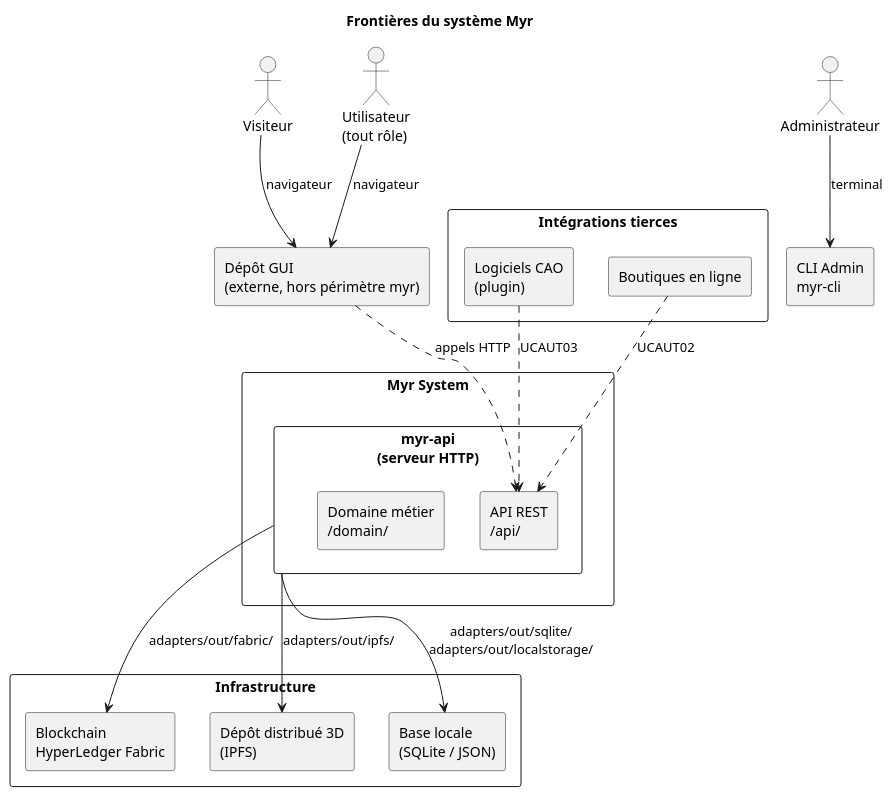
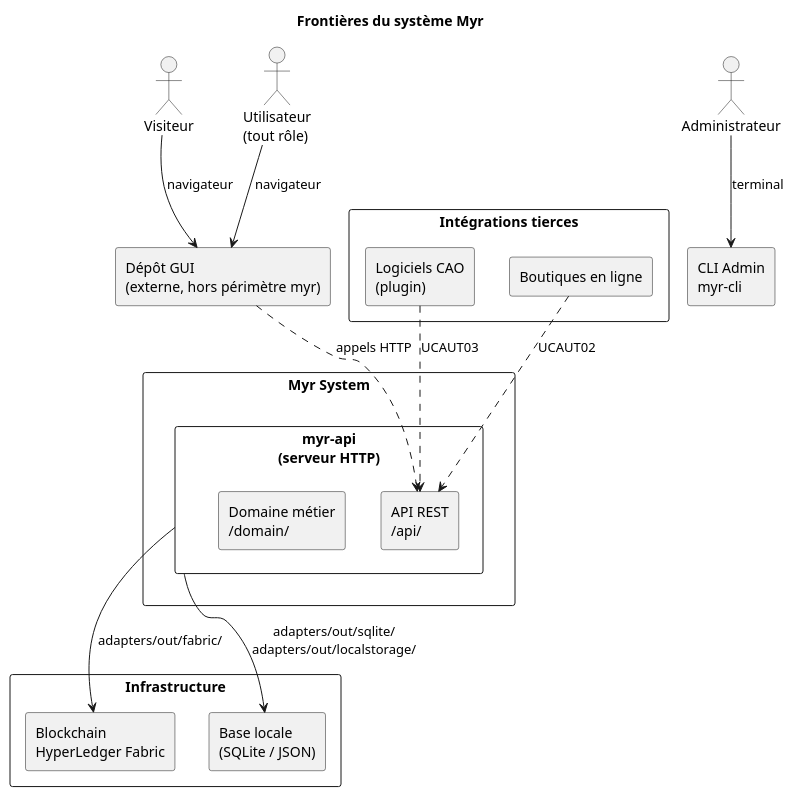
One commit to myr-forge/myr-core changed the diagram in specs/2-Analyse/Analyse_des_besoins.md. Above: the diagram before and after it, drawn with PlantUML. The commit also changed other lines of this file and 23 other files, not shown here.

````diff
--- a/specs/2-Analyse/Analyse_des_besoins.md
+++ b/specs/2-Analyse/Analyse_des_besoins.md
@@ -152,44 +152,42 @@
 ```plantuml
 @startuml
 title Frontières du système Myr
 
 actor "Visiteur" as V
 actor "Utilisateur\n(tout rôle)" as U
 actor "Administrateur" as ADM
 
 rectangle "Myr System" {
     rectangle "myr-api\n(serveur HTTP)" as App {
         rectangle "API REST\n/api/" as REST
         rectangle "Domaine métier\n/domain/" as Domain
     }
 }
 
 rectangle "CLI Admin\nmyr-cli" as CLI
 
 rectangle "Dépôt GUI\n(externe, hors périmètre myr)" as GUI
 
 rectangle "Infrastructure" {
     rectangle "Blockchain\nHyperLedger Fabric" as BC
-    rectangle "Dépôt distribué 3D\n(IPFS)" as IPFS
     rectangle "Base locale\n(SQLite / JSON)" as DB
 }
 
 rectangle "Intégrations tierces" {
     rectangle "Logiciels CAO\n(plugin)" as CAO
     rectangle "Boutiques en ligne" as Shop
 }
 
 V --> GUI : navigateur
 U --> GUI : navigateur
 GUI ..> REST : appels HTTP
 ADM --> CLI : terminal
 
 App --> BC : adapters/out/fabric/
-App --> IPFS : adapters/out/ipfs/
 App --> DB : adapters/out/sqlite/\nadapters/out/localstorage/
 
 CAO ..> REST : UCAUT03
 Shop ..> REST : UCAUT02
 
 @enduml
 ```
````
